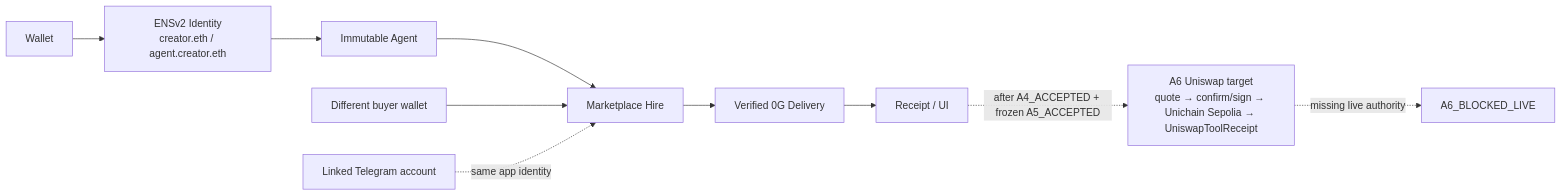
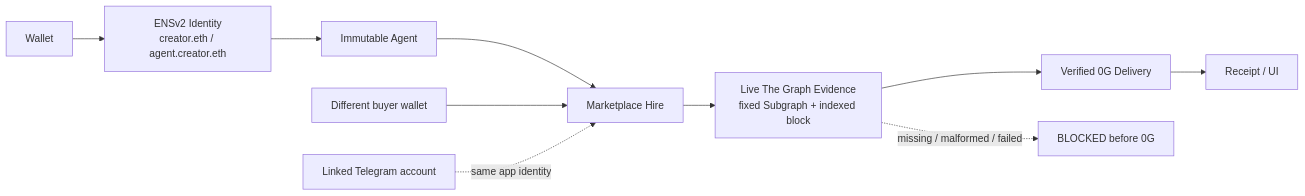
One commit to elbarroca/ETH_Global_Cannes_2026 changed the diagram in README.md. Above: the diagram before and after it, drawn with Mermaid. The commit also changed other lines of this file and 4 other files, not shown here.

Commit message:
docs(graph): freeze continuity handoff

````diff
--- a/README.md
+++ b/README.md
@@ -47,14 +47,14 @@
 ```mermaid
 flowchart LR
     Wallet["Wallet"] --> Identity["ENSv2 Identity<br/>creator.eth / agent.creator.eth"]
     Identity --> Agent["Immutable Agent"]
     Agent --> Hire["Marketplace Hire"]
-    Hire --> Delivery["Verified 0G Delivery"]
+    Hire --> Graph["Live The Graph Evidence<br/>fixed Subgraph + indexed block"]
+    Graph --> Delivery["Verified 0G Delivery"]
     Delivery --> Result["Receipt / UI"]
 
     Buyer["Different buyer wallet"] --> Hire
     Telegram["Linked Telegram account"] -. "same app identity" .-> Hire
 
-    Result -. "after A4_ACCEPTED + frozen A5_ACCEPTED" .-> Swap["A6 Uniswap target<br/>quote → confirm/sign → Unichain Sepolia → UniswapToolReceipt"]
-    Swap -. "missing live authority" .-> Blocked["A6_BLOCKED_LIVE"]
+    Graph -. "missing / malformed / failed" .-> Blocked["BLOCKED before 0G"]
 ```
````
